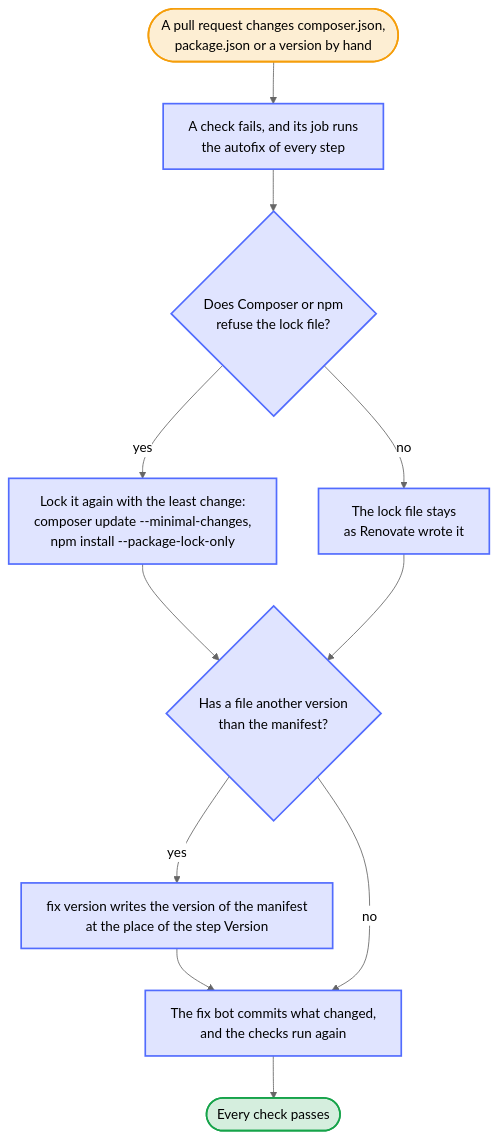
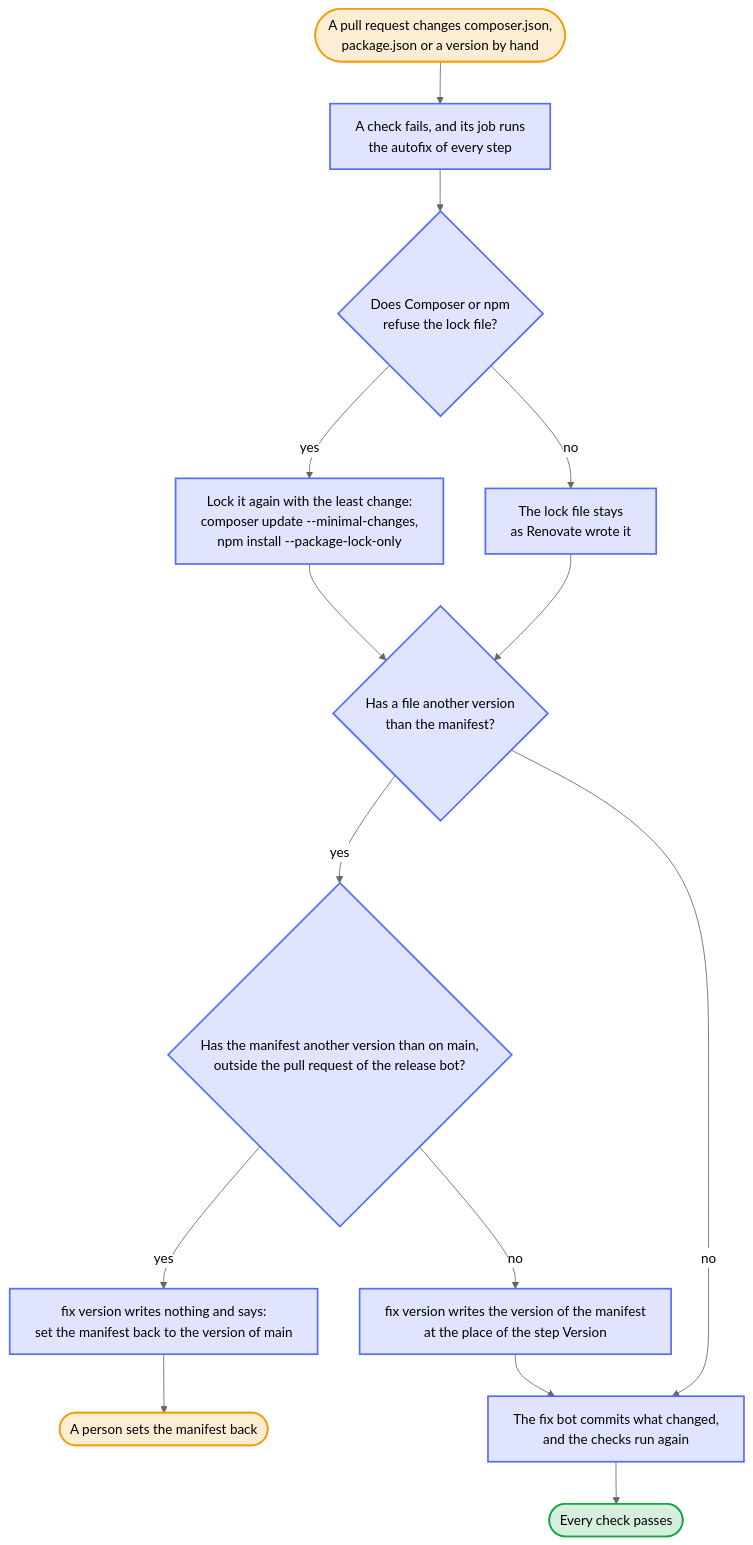
The diagram in docs/diagrams/how-a-lock-file-and-a-version-fix-themselves.mmd (Dennis-Otto/repo-blueprint), drawn with Mermaid (neutral theme) before and after one commit. The commit also changed 22 other files, not shown here.

First line of the commit message:
fix: a release version changed by hand fails instead of being fixed away (#645)

```diff
--- a/docs/diagrams/how-a-lock-file-and-a-version-fix-themselves.mmd
+++ b/docs/diagrams/how-a-lock-file-and-a-version-fix-themselves.mmd
@@ -1,32 +1,37 @@
 ---
 config:
   flowchart:
     wrappingWidth: 400
 ---
 flowchart TB
     accTitle: How a lock file and a version fix themselves
-    accDescr: A pull request changes composer.json, package.json or a version by hand, and a check fails. The job of the check runs the autofix of every step. Where Composer or npm refuses the lock file, composer validate or the dry run of npm ci fails, and the lock file is locked again with the least change, every other package at its version; a lock file that the tool takes stays as Renovate wrote it. Where a file has another version than the manifest of the release bot, fix version writes the version of the manifest back at the place of the step Version, and nothing else of the file. The fix bot commits what changed, and the checks pass.
+    accDescr: A pull request changes composer.json, package.json or a version by hand, and a check fails. The job of the check runs the autofix of every step. Where Composer or npm refuses the lock file, composer validate or the dry run of npm ci fails, and the lock file is locked again with the least change, every other package at its version; a lock file that the tool takes stays as Renovate wrote it. Where a file has another version than the manifest of the release bot, fix version asks whether the manifest has another version than on main, outside the pull request of the release bot. If it has, fix version writes nothing and says to set the manifest back, which a person does. If not, it writes the version of the manifest back at the place of the step Version, and nothing else of the file. The fix bot commits what changed, and the checks pass.
 
     change(["A pull request changes composer.json,<br>package.json or a version by hand"])
     failed["A check fails, and its job runs<br>the autofix of every step"]
     refused{"Does Composer or npm<br>refuse the lock file?"}
     relock["Lock it again with the least change:<br>composer update --minimal-changes,<br>npm install --package-lock-only"]
     kept["The lock file stays<br>as Renovate wrote it"]
     differs{"Has a file another version<br>than the manifest?"}
+    moved{"Has the manifest another version than on main,<br>outside the pull request of the release bot?"}
+    left["fix version writes nothing and says:<br>set the manifest back to the version of main"]
+    person(["A person sets the manifest back"])
     version["fix version writes the version of the manifest<br>at the place of the step Version"]
     bot["The fix bot commits what changed,<br>and the checks run again"]
     green(["Every check passes"])
 
     change --> failed --> refused
     refused -- "yes" --> relock --> differs
     refused -- "no" --> kept --> differs
-    differs -- "yes" --> version --> bot
+    differs -- "yes" --> moved
+    moved -- "yes" --> left --> person
+    moved -- "no" --> version --> bot
     differs -- "no" --> bot
     bot --> green
 
     classDef bot fill:#526cfe2e,stroke:#526cfe,stroke-width:2px
     classDef person fill:#f59e0b2e,stroke:#f59e0b,stroke-width:2px
     classDef done fill:#16a34a2e,stroke:#16a34a,stroke-width:2px
-    class failed,refused,relock,kept,differs,version,bot bot
-    class change person
+    class failed,refused,relock,kept,differs,moved,left,version,bot bot
+    class change,person person
     class green done
```
